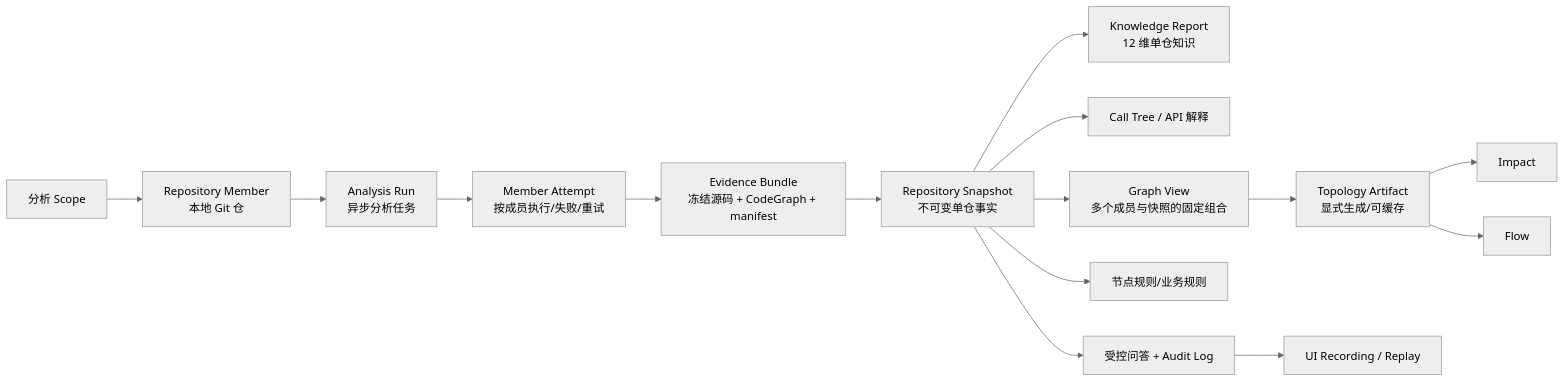
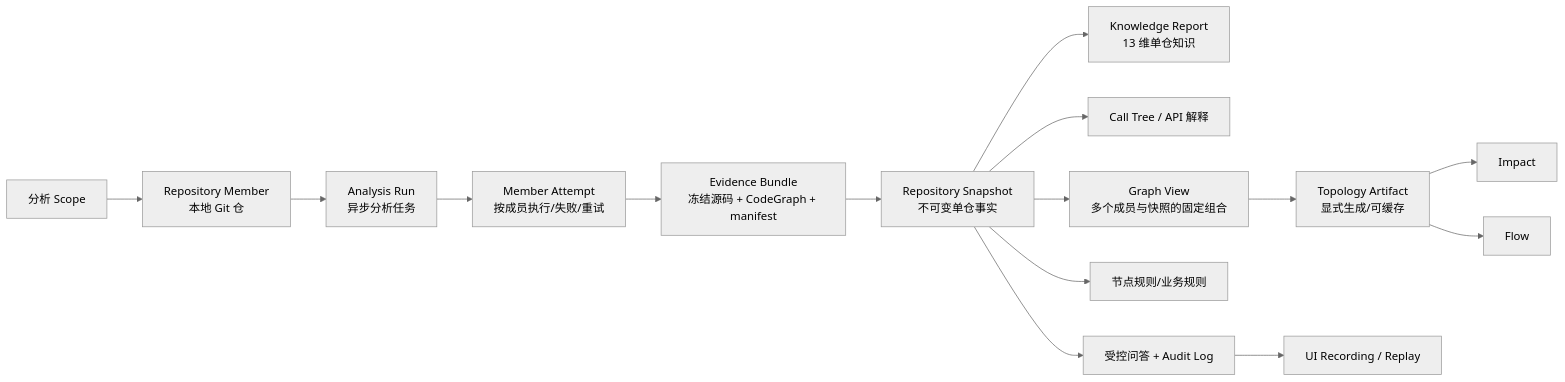
The first of 2 diagrams in docs/prd.md (wenxueliu/codeevolution), drawn with Mermaid (neutral theme) before and after one commit. The commit also changed other lines of this file and 17 other files, not shown here.

````diff
--- a/docs/prd.md
+++ b/docs/prd.md
@@ -72,17 +72,17 @@
 ```mermaid
 flowchart LR
     Scope[分析 Scope] --> Member[Repository Member\n本地 Git 仓]
     Member --> Run[Analysis Run\n异步分析任务]
     Run --> Attempt[Member Attempt\n按成员执行/失败/重试]
     Attempt --> Evidence[Evidence Bundle\n冻结源码 + CodeGraph + manifest]
     Evidence --> Snapshot[Repository Snapshot\n不可变单仓事实]
-    Snapshot --> Knowledge[Knowledge Report\n12 维单仓知识]
+    Snapshot --> Knowledge[Knowledge Report\n13 维单仓知识]
     Snapshot --> Chain[Call Tree / API 解释]
     Snapshot --> Chat[受控问答 + Audit Log]
     Snapshot --> Rule[节点规则/业务规则]
     Snapshot --> View[Graph View\n多个成员与快照的固定组合]
     View --> Artifact[Topology Artifact\n显式生成/可缓存]
     Artifact --> Impact[Impact]
     Artifact --> Flow[Flow]
     Chat --> UITest[UI Recording / Replay]
 ```
````
